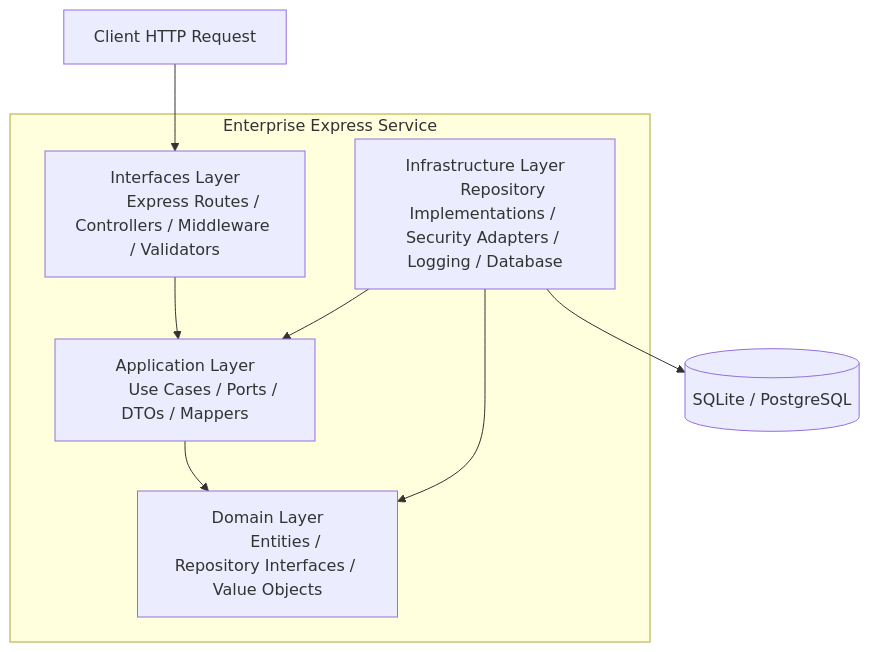
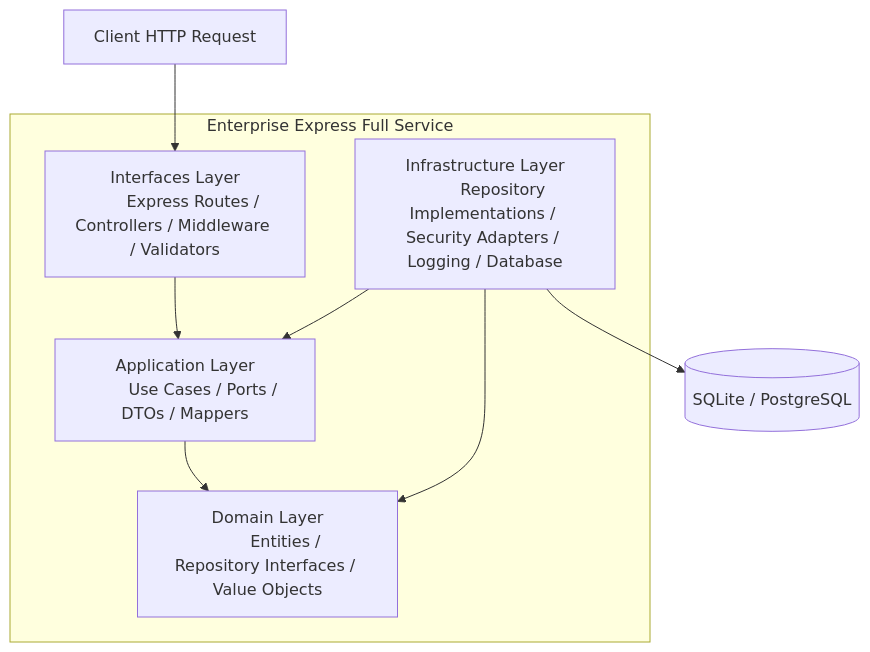
The second of 3 diagrams in docs/c4-model.md (hsummerhays/enterprise-express), drawn with Mermaid before and after one commit. The commit also changed other lines of this file and 7 other files, not shown here.

Commit message:
chore: rebrand to Enterprise Express Full and enhance Scalar API Docs

````diff
--- a/docs/c4-model.md
+++ b/docs/c4-model.md
@@ -50,27 +55,28 @@
 ```mermaid
 flowchart TD
     Client["Client HTTP Request"]
 
-    subgraph Service["Enterprise Express Service"]
+
+    subgraph Service["Enterprise Express Full Service"]
         Interfaces["Interfaces Layer
         Express Routes / Controllers / Middleware / Validators"]
 
         Application["Application Layer
         Use Cases / Ports / DTOs / Mappers"]
 
         Domain["Domain Layer
         Entities / Repository Interfaces / Value Objects"]
 
         Infrastructure["Infrastructure Layer
         Repository Implementations / Security Adapters / Logging / Database"]
     end
 
     DB[("SQLite / PostgreSQL")]
 
     Client --> Interfaces
     Interfaces --> Application
     Application --> Domain
     Infrastructure --> Application
     Infrastructure --> Domain
     Infrastructure --> DB
 ```
````
